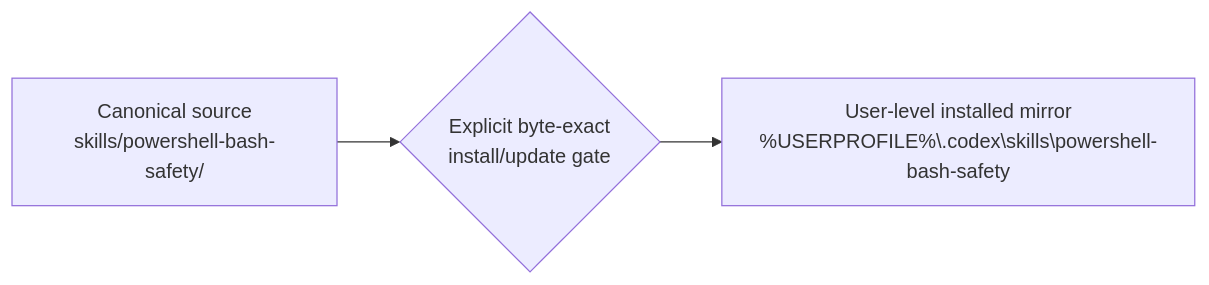
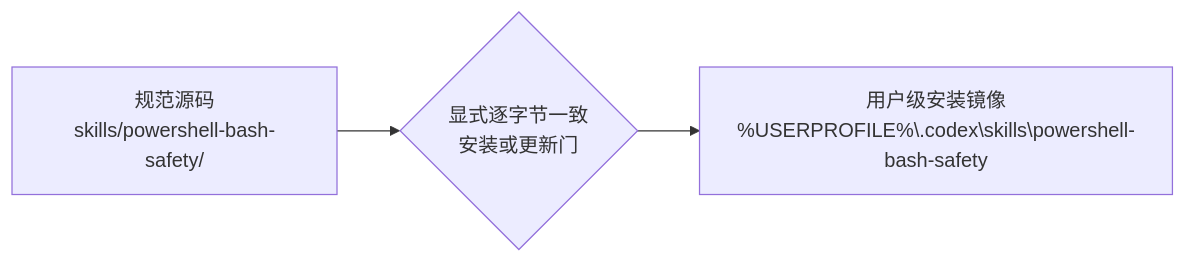
One commit to Solismuchengxue/skill_powershell_bash_safety changed the diagram in DESIGN.md. Above: the diagram before and after it, drawn with Mermaid. The commit also changed other lines of this file and 2 other files, not shown here.

````diff
--- a/DESIGN.md
+++ b/DESIGN.md
@@ -25,8 +25,8 @@
 ```mermaid
 flowchart LR
-    Source["Canonical source<br/>skills/powershell-bash-safety/"]
-    Gate{"Explicit byte-exact<br/>install/update gate"}
-    Mirror["User-level installed mirror<br/>%USERPROFILE%\.codex\skills\powershell-bash-safety"]
+    Source["规范源码<br/>skills/powershell-bash-safety/"]
+    Gate{"显式逐字节一致<br/>安装或更新门"}
+    Mirror["用户级安装镜像<br/>%USERPROFILE%\.codex\skills\powershell-bash-safety"]
 
     Source --> Gate --> Mirror
 ```
````
